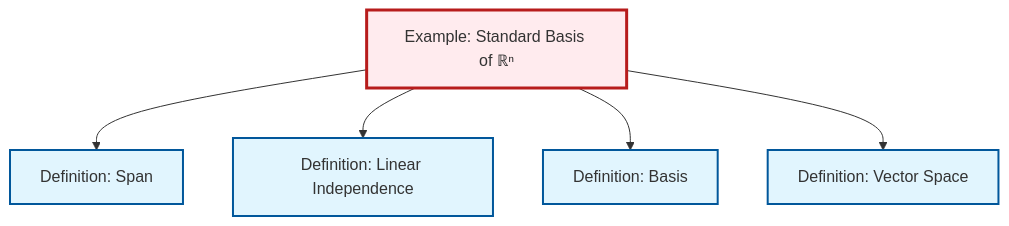
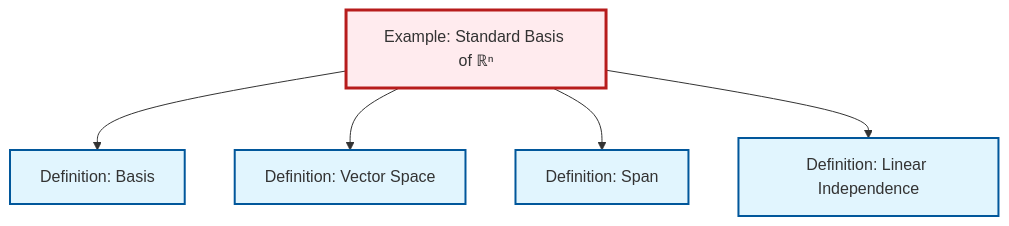
One commit to RK0429/ModernMath changed the diagram in content/en/algebra/ex-standard-basis-rn.qmd. Above: the diagram before and after it, drawn with Mermaid. The commit also changed other lines of this file and 360 other files, not shown here.

````diff
--- a/content/en/algebra/ex-standard-basis-rn.qmd
+++ b/content/en/algebra/ex-standard-basis-rn.qmd
@@ -62,23 +62,23 @@
 ```{mermaid}
 %%| fig-cap: "Local dependency graph"
 graph TD
     classDef definition fill:#e1f5fe,stroke:#01579b,stroke-width:2px
     classDef theorem fill:#f3e5f5,stroke:#4a148c,stroke-width:2px
     classDef axiom fill:#fff3e0,stroke:#e65100,stroke-width:2px
     classDef example fill:#e8f5e9,stroke:#1b5e20,stroke-width:2px
     classDef current fill:#ffebee,stroke:#b71c1c,stroke-width:3px
+    def-basis["Definition: Basis"]:::definition
+    def-span["Definition: Span"]:::definition
+    def-vector-space["Definition: Vector Space"]:::definition
+    ex-standard-basis-rn["Example: Standard Basis of ℝⁿ"]:::example
     def-linear-independence["Definition: Linear Independence"]:::definition
-    def-basis["Definition: Basis"]:::definition
-    def-vector-space["Definition: Vector Space"]:::definition
-    def-span["Definition: Span"]:::definition
-    ex-standard-basis-rn["Example: Standard Basis of ℝⁿ"]:::example
+    ex-standard-basis-rn --> def-basis
+    ex-standard-basis-rn --> def-vector-space
     ex-standard-basis-rn --> def-span
     ex-standard-basis-rn --> def-linear-independence
-    ex-standard-basis-rn --> def-basis
-    ex-standard-basis-rn --> def-vector-space
     class ex-standard-basis-rn current
+    click def-basis "def-basis.html" "Go to Basis definition"
+    click def-span "def-span.html" "Go to Span definition"
+    click def-vector-space "def-vector-space.html" "Go to Vector Space definition"
     click def-linear-independence "def-linear-independence.html" "Go to Linear Independence definition"
-    click def-basis "def-basis.html" "Go to Basis definition"
-    click def-vector-space "def-vector-space.html" "Go to Vector Space definition"
-    click def-span "def-span.html" "Go to Span definition"
 ```
````
